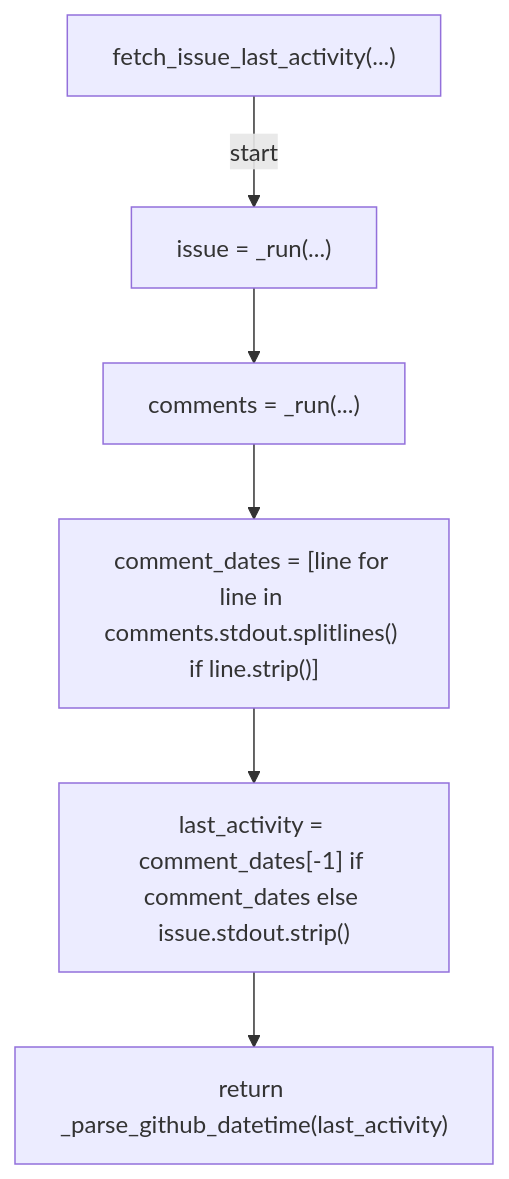
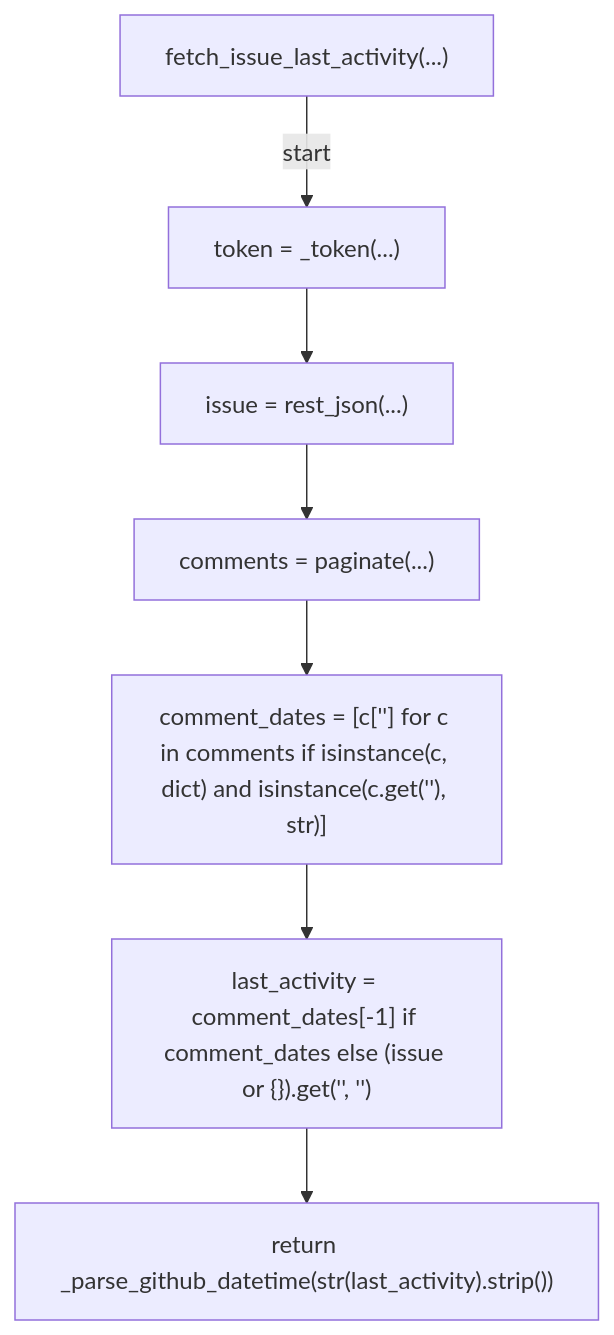
Diagram 14 of 25 in docs/generated/scripts/ast/branch_cleanup.md (tvna/claude-md), drawn with Mermaid before and after one commit. The commit also changed other lines of this file and 15 other files, not shown here.

First line of the commit message:
docs(generated): regenerate decision tree and workflow diagrams

````diff
--- a/docs/generated/scripts/ast/branch_cleanup.md
+++ b/docs/generated/scripts/ast/branch_cleanup.md
@@ -175,14 +194,16 @@
 ```mermaid
 flowchart TD
     N001["fetch_issue_last_activity(...)"]
-    N002["issue = _run(...)"]
-    N003["comments = _run(...)"]
-    N004["comment_dates = [line for line in comments.stdout.splitlines() if line.strip()]"]
-    N005["last_activity = comment_dates[-1] if comment_dates else issue.stdout.strip()"]
-    N006["return _parse_github_datetime(last_activity)"]
+    N002["token = _token(...)"]
+    N003["issue = rest_json(...)"]
+    N004["comments = paginate(...)"]
+    N005["comment_dates = [c['<str>'] for c in comments if isinstance(c, dict) and isinstance(c.get('<str>'), str)]"]
+    N006["last_activity = comment_dates[-1] if comment_dates else (issue or {}).get('<str>', '<str>')"]
+    N007["return _parse_github_datetime(str(last_activity).strip())"]
     N001 -->|"start"| N002
     N002 --> N003
     N003 --> N004
     N004 --> N005
     N005 --> N006
+    N006 --> N007
 ```
````
